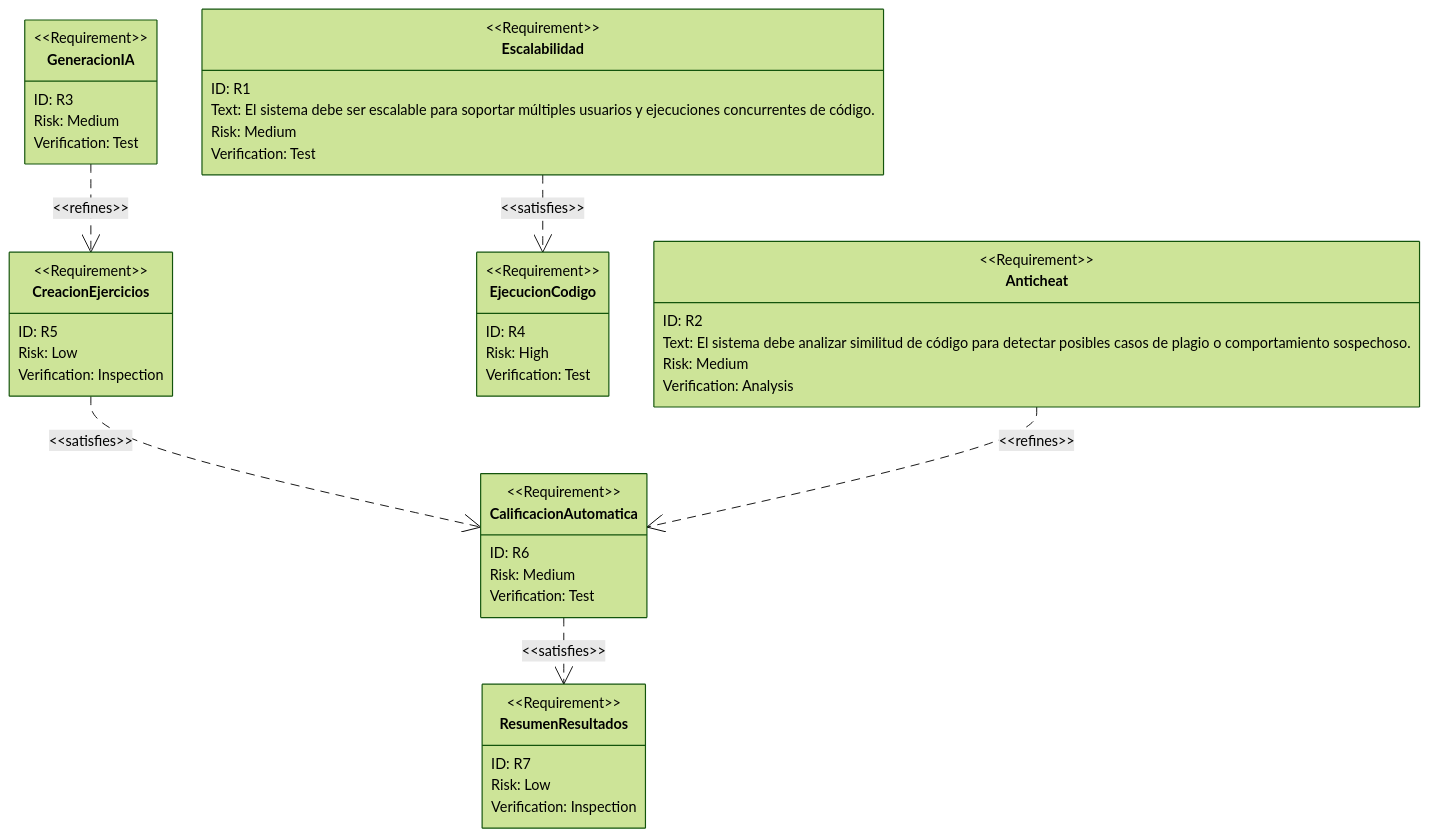
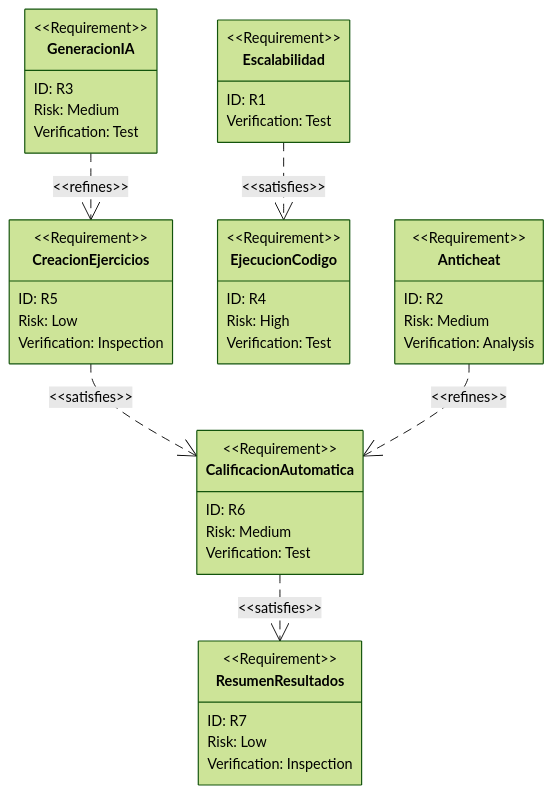
The second of 2 diagrams in informes/Informe1.md (openlabun/CODER), drawn with Mermaid (forest theme) before and after one commit.

Commit message:
DOCUMENTATION: correcciones de gráfico 2 en el informe

````diff
--- a/informes/Informe1.md
+++ b/informes/Informe1.md
@@ -156,53 +156,50 @@
 ```mermaid
 requirementDiagram
 
 requirement Escalabilidad {
   id: R1
-  text: El sistema debe ser escalable para soportar múltiples usuarios y ejecuciones concurrentes de código.
-  risk: medium
   verifymethod: test
 }
 
 requirement Anticheat {
   id: R2
-  text: El sistema debe analizar similitud de código para detectar posibles casos de plagio o comportamiento sospechoso.
   risk: medium
   verifymethod: analysis
 }
 
 requirement GeneracionIA {
   id: R3
   risk: medium
   verifymethod: test
 }
 
 requirement EjecucionCodigo {
   id: R4
   risk: high
   verifymethod: test
 }
 
 requirement CreacionEjercicios {
   id: R5
   risk: low
   verifymethod: inspection
 }
 
 requirement CalificacionAutomatica {
   id: R6
   risk: medium
   verifymethod: test
 }
 
 requirement ResumenResultados {
   id: R7
   risk: low
   verifymethod: inspection
 }
 
 Escalabilidad - satisfies -> EjecucionCodigo
 GeneracionIA - refines -> CreacionEjercicios
 CreacionEjercicios - satisfies -> CalificacionAutomatica
 CalificacionAutomatica - satisfies -> ResumenResultados
 Anticheat - refines -> CalificacionAutomatica
 ```
````
